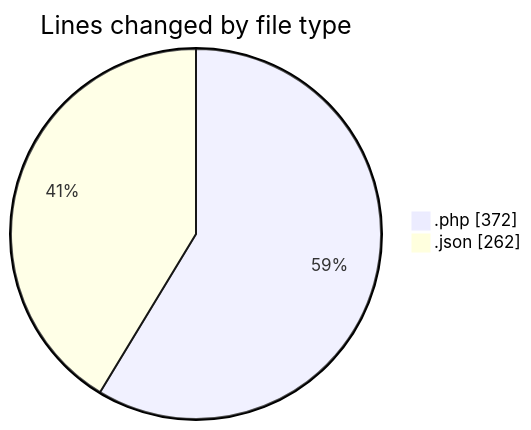
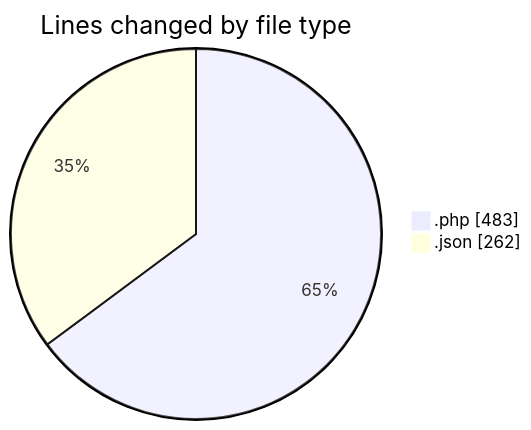
Before and after one commit to idhammustaqopulfikri/code-tracking: the first of 2 diagrams in 2025-11-01/futsal_rekomendasi/README.md, drawn with Mermaid. The commit also changed other lines of this file and 1 other file, not shown here.

````diff
--- a/2025-11-01/futsal_rekomendasi/README.md
+++ b/2025-11-01/futsal_rekomendasi/README.md
@@ -29,6 +30,6 @@
 ```mermaid
 pie showData
 title Lines changed by file type
-".php" : 372
+".php" : 483
 ".json" : 262
 ```
````
